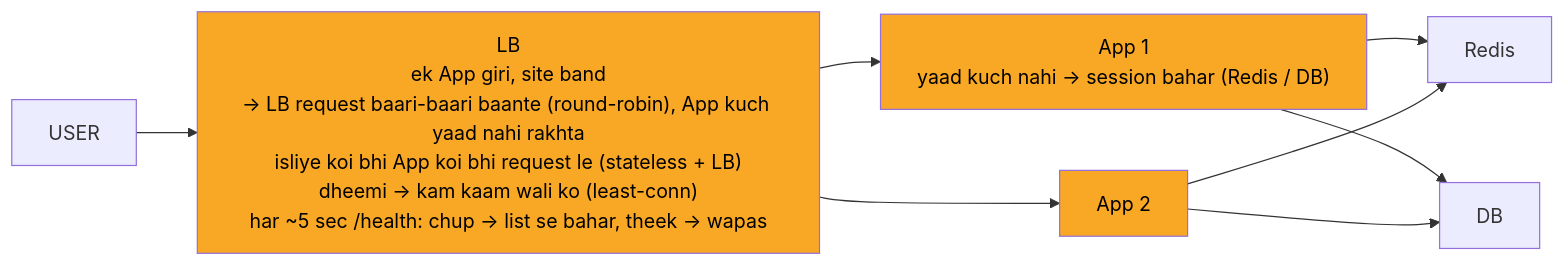
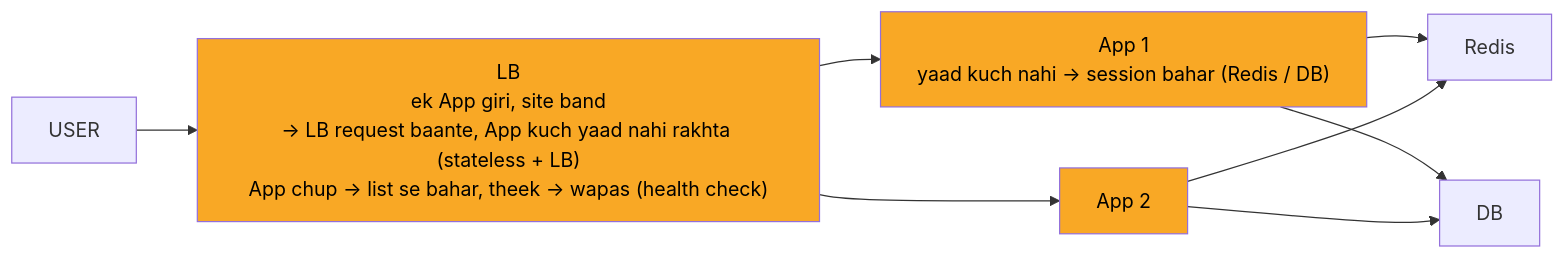
The diagram in 04_HLD/SYSTEM_DESIGNS/01_url_shortener/img/c2.mmd (ArpanMaheshwari144/Prep), drawn with Mermaid before and after one commit. The commit also changed 64 other files, not shown here.

```diff
--- a/04_HLD/SYSTEM_DESIGNS/01_url_shortener/img/c2.mmd
+++ b/04_HLD/SYSTEM_DESIGNS/01_url_shortener/img/c2.mmd
@@ -1,18 +1,18 @@
 %%{init: {"flowchart": {"wrappingWidth": 450}}}%%
 flowchart LR
     n_USER["USER"]
-    n_LB["LB<br/>ek App giri, site band<br/>-> LB request baari-baari baante (round-robin), App kuch yaad nahi rakhta<br/>isliye koi bhi App koi bhi request le (stateless + LB)<br/>dheemi -> kam kaam wali ko (least-conn)<br/>har ~5 sec /health: chup -> list se bahar, theek -> wapas"]
+    n_LB["LB<br/>ek App giri, site band<br/>-> LB request baante, App kuch yaad nahi rakhta (stateless + LB)<br/>App chup -> list se bahar, theek -> wapas (health check)"]
     n_App_x_N_1["App 1<br/>yaad kuch nahi -> session bahar (Redis / DB)"]
     n_App_x_N_2["App 2"]
     n_Redis["Redis"]
     n_DB["DB"]
     n_USER --> n_LB
     n_LB --> n_App_x_N_1
     n_LB --> n_App_x_N_2
     n_App_x_N_1 --> n_Redis
     n_App_x_N_2 --> n_Redis
     n_App_x_N_1 --> n_DB
     n_App_x_N_2 --> n_DB
     style n_LB fill:#f9a825,color:#000
     style n_App_x_N_1 fill:#f9a825,color:#000
     style n_App_x_N_2 fill:#f9a825,color:#000
```
